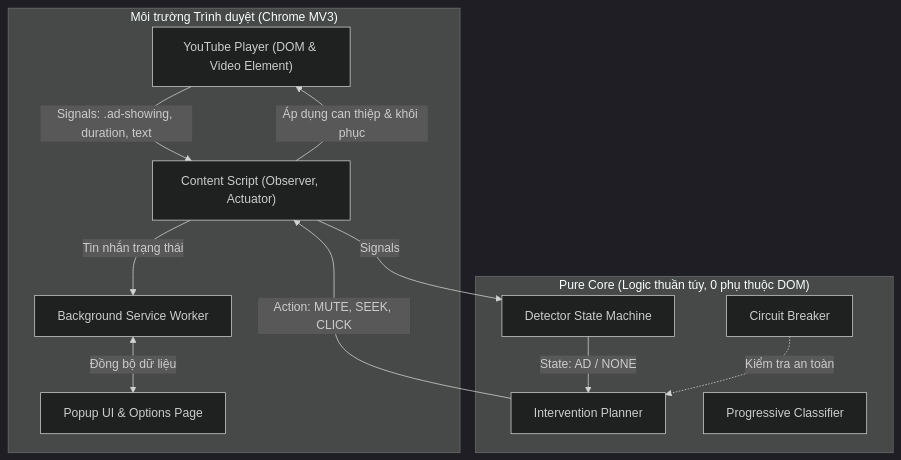
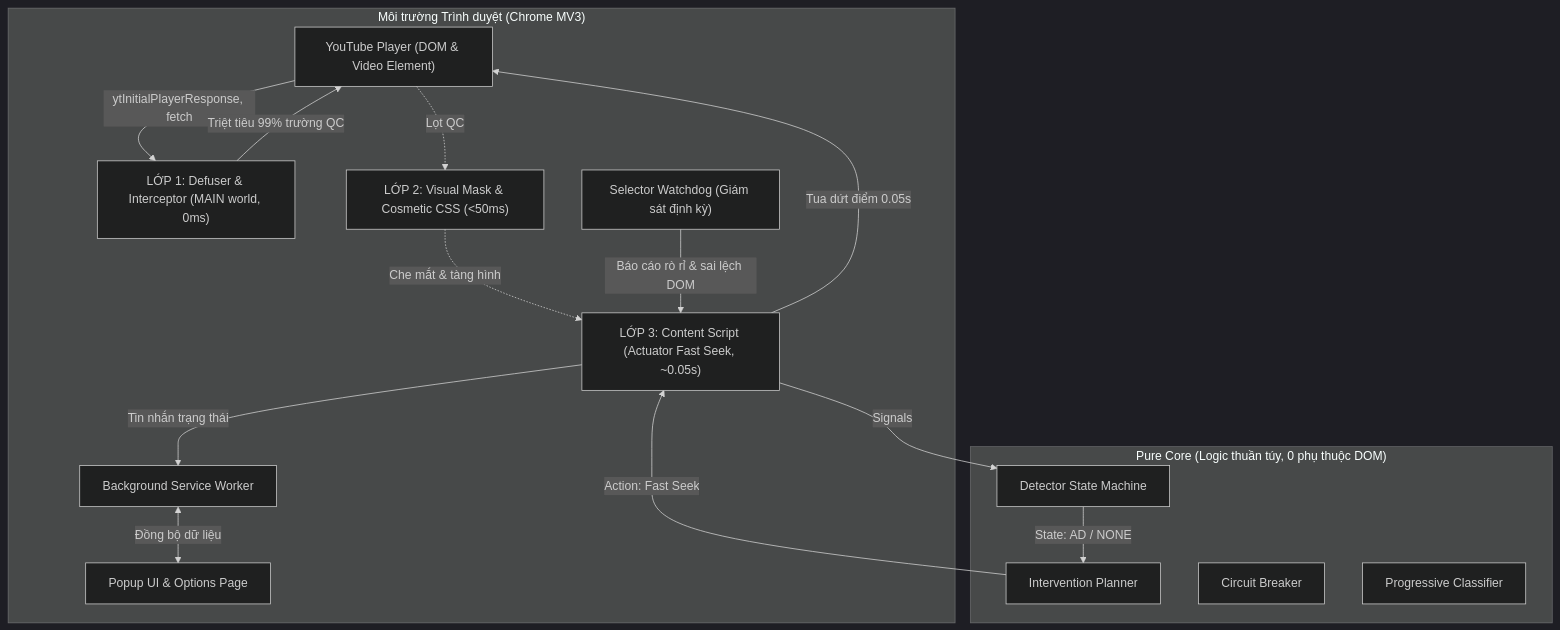
One commit to Datkewww123/Adfilter changed the diagram in README.md. Above: the diagram before and after it, drawn with Mermaid (dark theme). The commit also changed other lines of this file, not shown here.

Commit message:
docs: document 3-layer stealth architecture and metrics for v0.2.0

````diff
--- a/README.md
+++ b/README.md
@@ -11,25 +11,31 @@
 ```mermaid
 flowchart TD
     subgraph Browser ["Môi trường Trình duyệt (Chrome MV3)"]
         YTP["YouTube Player (DOM & Video Element)"]
-        CS["Content Script (Observer, Actuator)"]
+        DEF["LỚP 1: Defuser & Interceptor (MAIN world, 0ms)"]
+        VM["LỚP 2: Visual Mask & Cosmetic CSS (<50ms)"]
+        CS["LỚP 3: Content Script (Actuator Fast Seek, ~0.05s)"]
+        WD["Selector Watchdog (Giám sát định kỳ)"]
         SW["Background Service Worker"]
         POP["Popup UI & Options Page"]
     end
 
     subgraph PureCore ["Pure Core (Logic thuần túy, 0 phụ thuộc DOM)"]
         SM["Detector State Machine"]
         INT["Intervention Planner"]
         CB["Circuit Breaker"]
         CLS["Progressive Classifier"]
     end
 
-    YTP -->|Signals: .ad-showing, duration, text| CS
+    YTP -->|ytInitialPlayerResponse, fetch| DEF
+    DEF -->|Triệt tiêu 99% trường QC| YTP
+    YTP -.->|Lọt QC| VM
+    VM -.->|Che mắt & tàng hình| CS
     CS -->|Signals| SM
     SM -->|State: AD / NONE| INT
-    INT -->|Action: MUTE, SEEK, CLICK| CS
-    CB -.->|Kiểm tra an toàn| INT
+    INT -->|Action: Fast Seek| CS
+    CS -->|Tua dứt điểm 0.05s| YTP
+    WD -->|Báo cáo rò rỉ & sai lệch DOM| CS
     CS -->|Tin nhắn trạng thái| SW
     SW <-->|Đồng bộ dữ liệu| POP
-    CS -->|Áp dụng can thiệp & khôi phục| YTP
 ```
````
